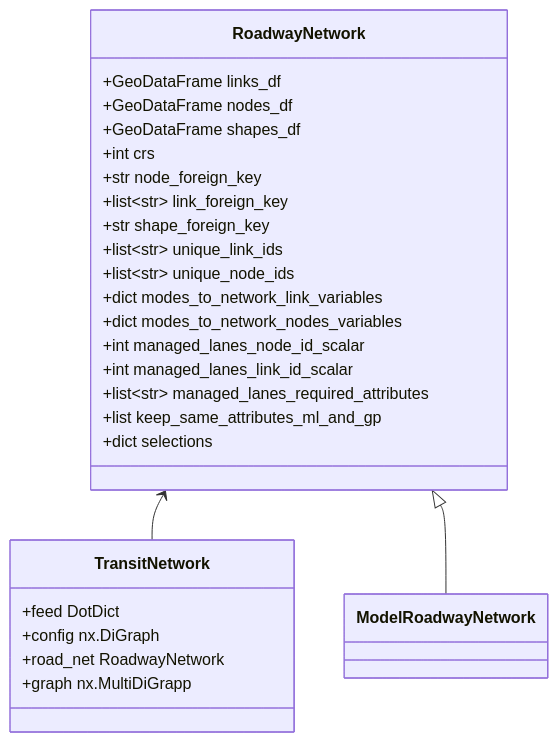
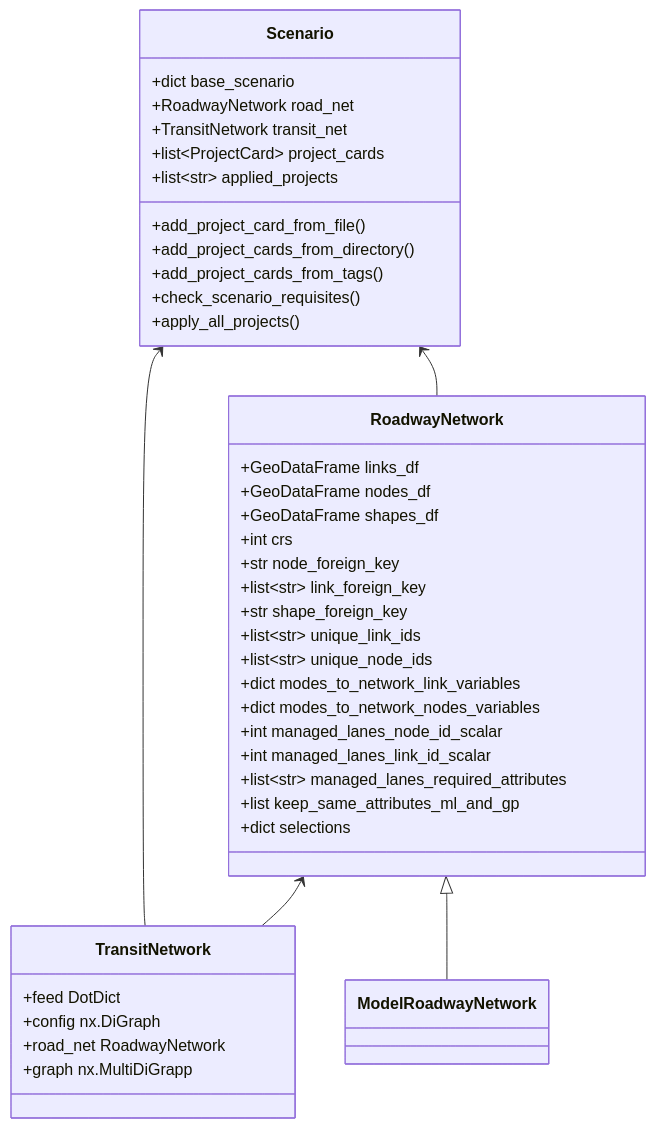
Before and after one commit to BayAreaMetro/network_wrangler: the first of 3 diagrams in architecture.md, drawn with Mermaid. The commit also changed other lines of this file, not shown here.

````diff
--- a/architecture.md
+++ b/architecture.md
@@ -28,41 +29,57 @@
 ```mermaid
 classDiagram 
 RoadwayNetwork <-- TransitNetwork
 RoadwayNetwork <|-- ModelRoadwayNetwork
+Scenario <-- RoadwayNetwork
+Scenario <-- TransitNetwork
 
 %% network_wrangler classes
 
   class RoadwayNetwork {
     +GeoDataFrame links_df
     +GeoDataFrame nodes_df
     +GeoDataFrame shapes_df
     +int crs
     +str node_foreign_key
     +list~str~ link_foreign_key
     +str shape_foreign_key
     +list~str~ unique_link_ids
     +list~str~ unique_node_ids
     +dict modes_to_network_link_variables
     +dict modes_to_network_nodes_variables
     +int managed_lanes_node_id_scalar
     +int managed_lanes_link_id_scalar
     +list~str~ managed_lanes_required_attributes
     +list keep_same_attributes_ml_and_gp
     +dict selections
   }
   link RoadwayNetwork "https://bayareametro.github.io/network_wrangler/_generated/network_wrangler.RoadwayNetwork/" "network_wrangler.RoadwayNetwork"
   
   class TransitNetwork {
     +feed DotDict
     +config nx.DiGraph
     +road_net RoadwayNetwork
     +graph nx.MultiDiGrapp
   }
   link TransitNetwork "https://bayareametro.github.io/network_wrangler/_generated/network_wrangler.TransitNetwork/" "network_wrangler.TransitNetwork"
+
+  class Scenario {
+    +dict base_scenario
+    +RoadwayNetwork road_net
+    +TransitNetwork transit_net
+    +list~ProjectCard~ project_cards
+    +list~str~ applied_projects
+    +add_project_card_from_file()
+    +add_project_cards_from_directory()
+    +add_project_cards_from_tags()
+    +check_scenario_requisites()
+    +apply_all_projects()
+  }
+  link Scenario "https://bayareametro.github.io/network_wrangler/_generated/network_wrangler.Scenario/" "network_wrangler.Scenario"
   
 %% lasso classes
 
   class ModelRoadwayNetwork {
   }
   link ModelRoadwayNetwork "https://bayareametro.github.io/Lasso/_generated/lasso.ModelRoadwayNetwork/#lasso.ModelRoadwayNetwork" "lasso.ModelRoadwayNetwork"
 ```
````
